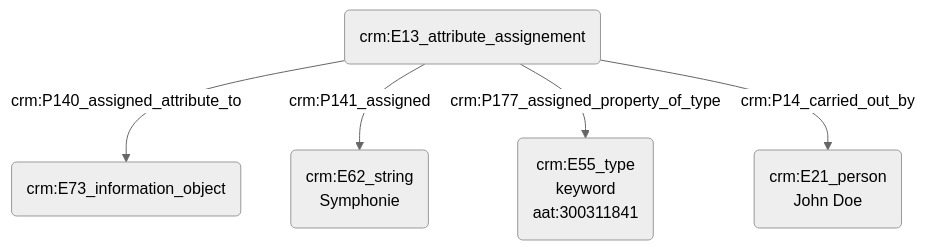
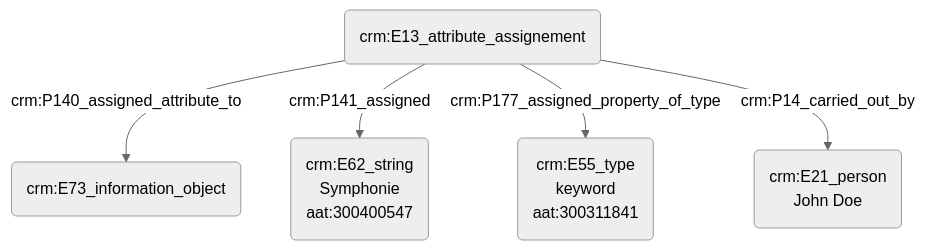
Before and after one commit to Amleth/consortium-musica2-gt2-ontologies: the diagram in modules/livrables/Dossier 2/Indexation conceptuelle/indexation d'une source avec un mot-clé.md, drawn with Mermaid (neutral theme).

Commit message:
Update indexation d'une source avec un mot-clé.md

````diff
--- a/modules/livrables/Dossier 2/Indexation conceptuelle/indexation d'une source avec un mot-clé.md
+++ b/modules/livrables/Dossier 2/Indexation conceptuelle/indexation d'une source avec un mot-clé.md
@@ -17,9 +17,9 @@
 ```mermaid
 graph TD;
 
 D(crm:E13_attribute_assignement) --> |crm:P140_assigned_attribute_to| A(crm:E73_information_object)
-D(crm:E13_attribute_assignement) --> |crm:P141_assigned| B(crm:E62_string<br>Symphonie)
+D(crm:E13_attribute_assignement) --> |crm:P141_assigned| B(crm:E62_string<br>Symphonie<br>aat:300400547)
 D(crm:E13_attribute_assignement) --> |crm:P177_assigned_property_of_type| C(crm:E55_type<br>keyword<br>aat:300311841)
 D(crm:E13_attribute_assignement) --> |crm:P14_carried_out_by| F(crm:E21_person<br>John Doe)
 
 ```
````
